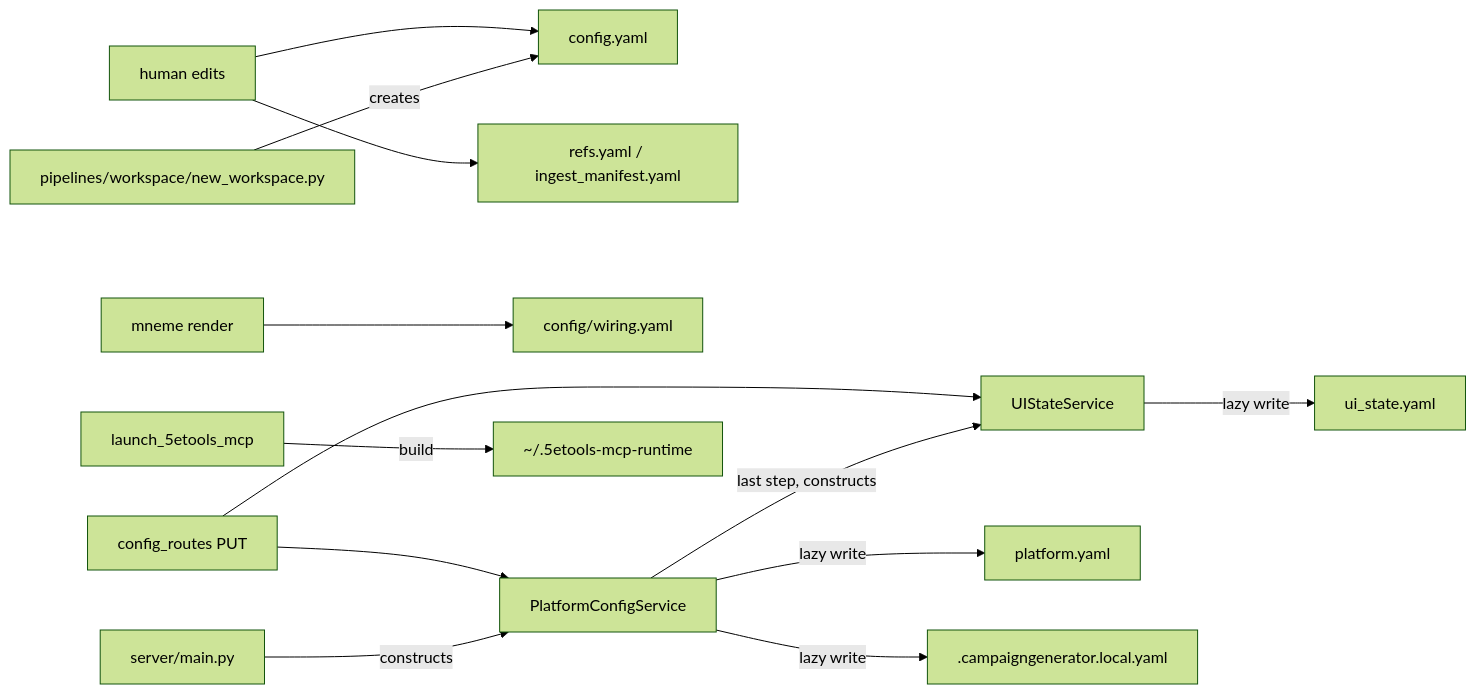
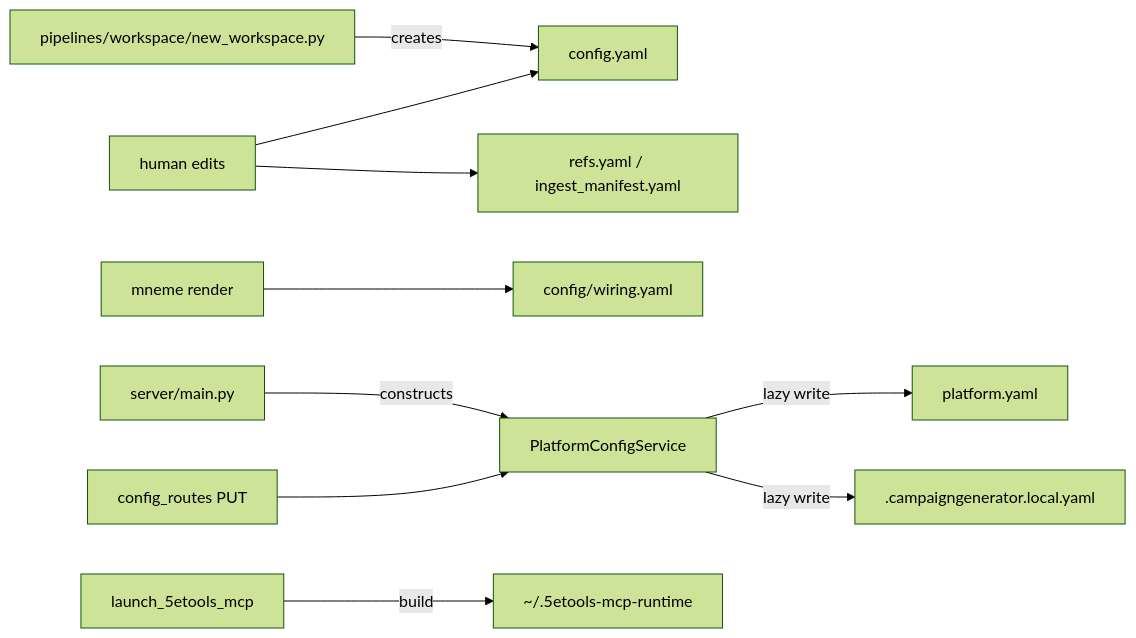
One commit to kostadis/CampaignGenerator changed the diagram in docs/config/crud.md. Above: the diagram before and after it, drawn with Mermaid (forest theme). The commit also changed other lines of this file and 13 other files, not shown here.

````diff
--- a/docs/config/crud.md
+++ b/docs/config/crud.md
@@ -7,15 +7,12 @@
 ```mermaid
 flowchart LR
   NW[pipelines/workspace/new_workspace.py] -->|creates| CY[config.yaml]
   Human[human edits] --> CY
   Human --> REFS[refs.yaml / ingest_manifest.yaml]
   MNEME[mneme render] --> WIRING[config/wiring.yaml]
   MAIN[server/main.py] -->|constructs| PLAT[PlatformConfigService]
-  PLAT -->|last step, constructs| UIS[UIStateService]
   PLAT -->|lazy write| PY[platform.yaml]
   PLAT -->|lazy write| LC[.campaigngenerator.local.yaml]
-  UIS -->|lazy write| US[ui_state.yaml]
   HTTP[config_routes PUT] --> PLAT
-  HTTP --> UIS
   LAUNCH[launch_5etools_mcp] -->|build| RT[~/.5etools-mcp-runtime]
 ```
````
